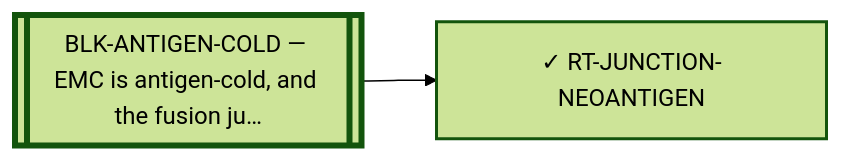
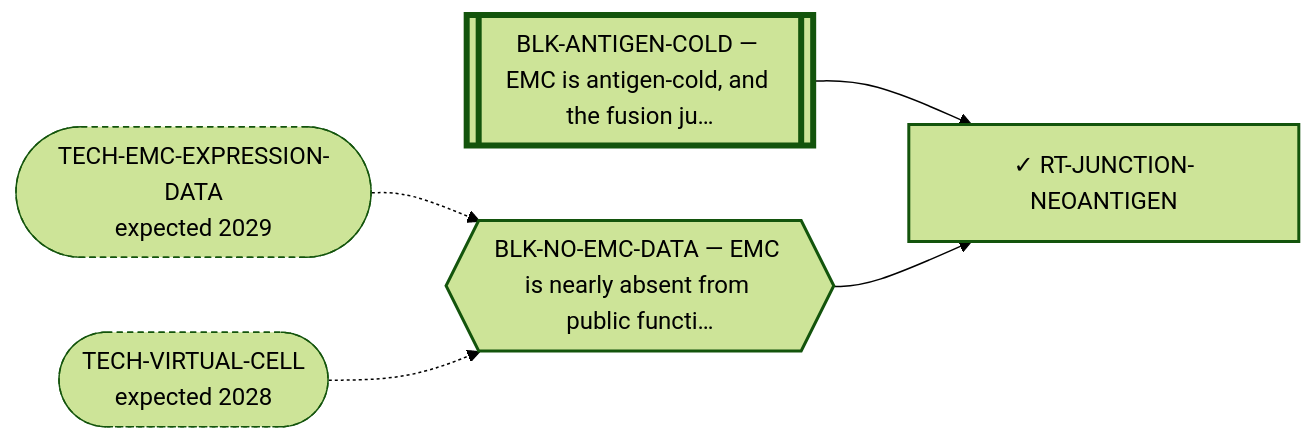
Before and after one commit to trimcrae/Rare-cancers: the diagram in systems/views/L2-rt-junction-neoantigen.md, drawn with Mermaid (forest theme). The commit also changed other lines of this file and 27 other files, not shown here.

````diff
--- a/systems/views/L2-rt-junction-neoantigen.md
+++ b/systems/views/L2-rt-junction-neoantigen.md
@@ -27,10 +27,16 @@
 ```mermaid
 flowchart LR
   RT_JUNCTION_NEOANTIGEN["✓ RT-JUNCTION-NEOANTIGEN"]:::fam
   BLK_ANTIGEN_COLD[["BLK-ANTIGEN-COLD — EMC is antigen-cold, and the fusion ju…"]]:::perm
   BLK_ANTIGEN_COLD --> RT_JUNCTION_NEOANTIGEN
+  BLK_NO_EMC_DATA{{"BLK-NO-EMC-DATA — EMC is nearly absent from public functi…"}}:::blk
+  BLK_NO_EMC_DATA --> RT_JUNCTION_NEOANTIGEN
+  TECH_EMC_EXPRESSION_DATA(["TECH-EMC-EXPRESSION-DATA<br/>expected 2029"]):::tech
+  TECH_EMC_EXPRESSION_DATA -.-> BLK_NO_EMC_DATA
+  TECH_VIRTUAL_CELL(["TECH-VIRTUAL-CELL<br/>expected 2028"]):::tech
+  TECH_VIRTUAL_CELL -.-> BLK_NO_EMC_DATA
   classDef fam stroke-width:2px;
   classDef blk stroke-width:2px;
   classDef perm stroke-width:4px;
   classDef tech stroke-width:1px,stroke-dasharray:4 3;
 ```
````
